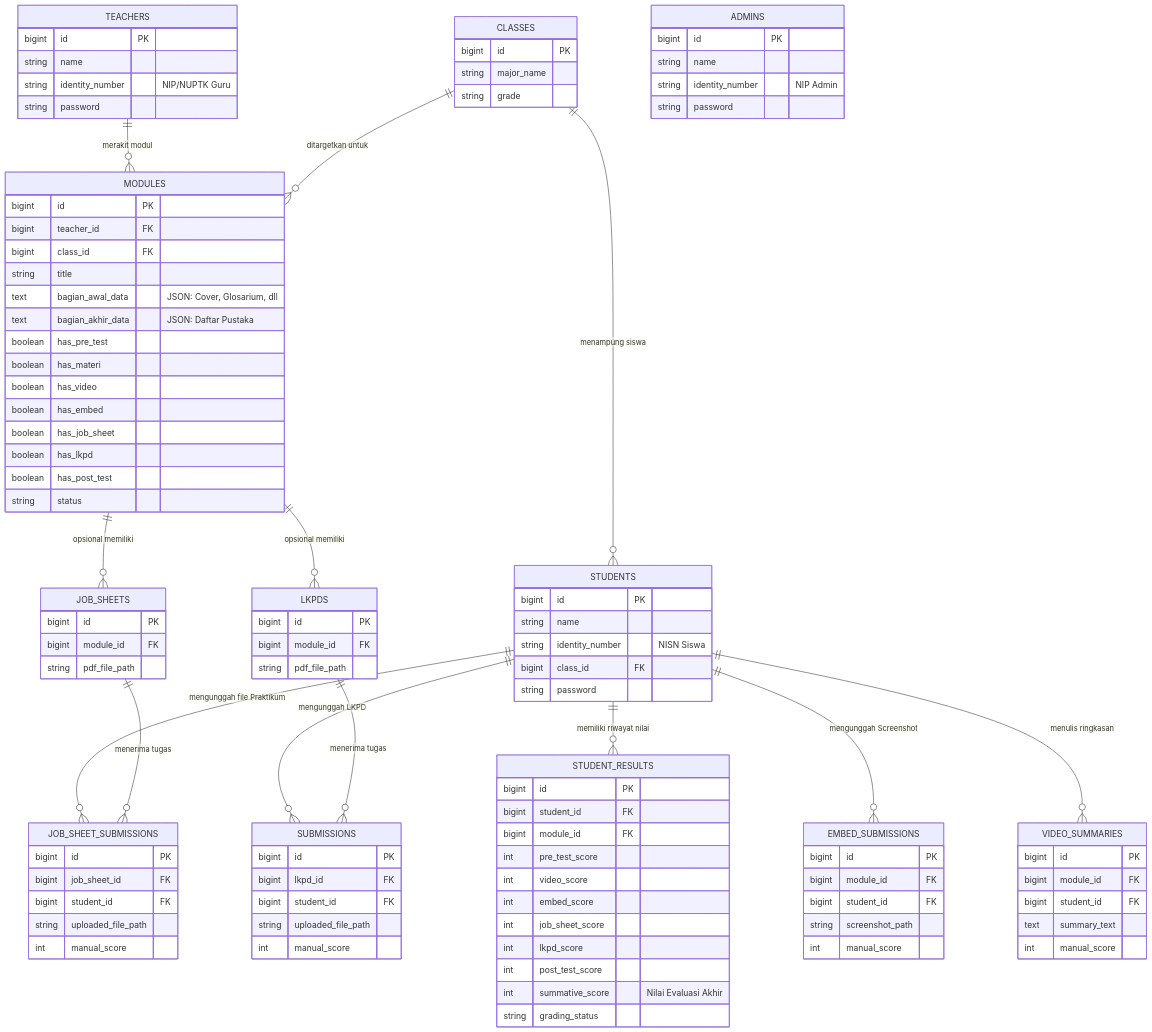
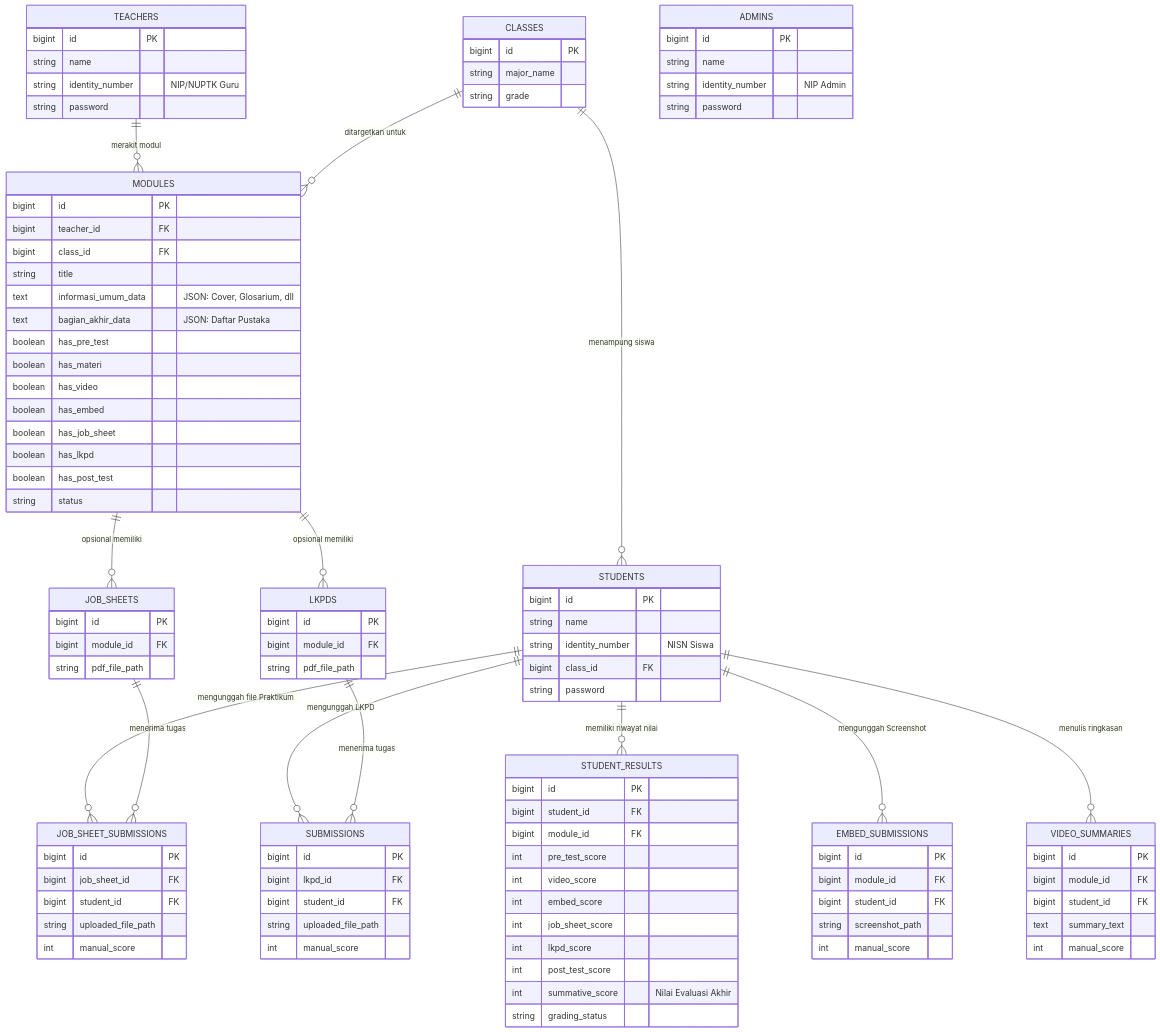
The second of 2 diagrams in prd.md (AdiLamunedo21/e-modul), drawn with Mermaid before and after one commit. The commit also changed other lines of this file and 23 other files, not shown here.

Commit message:
Refactor: rename bagian_awal_data to informasi_umum_data and update Bagian Inti to Komponen Inti

```diff
--- a/prd.md
+++ b/prd.md
@@ -303,7 +303,7 @@
         bigint teacher_id FK
         bigint class_id FK
         string title
-        text bagian_awal_data "JSON: Cover, Glosarium, dll"
+        text informasi_umum_data "JSON: Cover, Glosarium, dll"
         text bagian_akhir_data "JSON: Daftar Pustaka"
         boolean has_pre_test
         boolean has_materi
```
